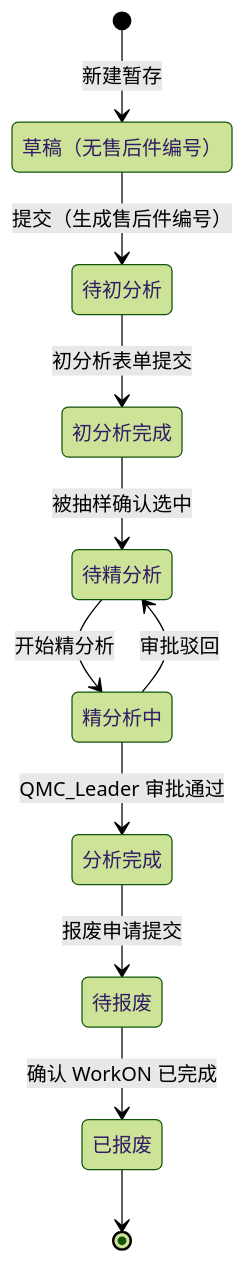
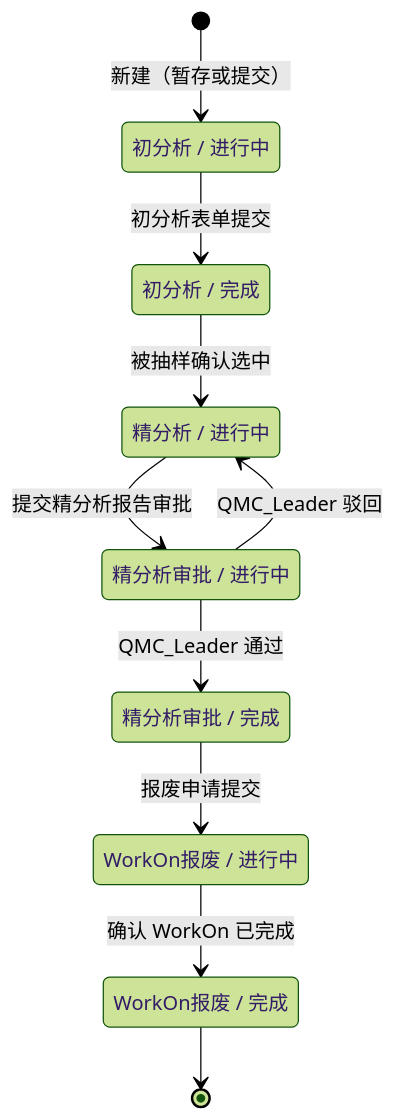
The fifth of 12 diagrams in 开发设计文档.md (xvfeiran/wfam-doc), drawn with Mermaid (forest theme) before and after one commit. The commit also changed other lines of this file, not shown here.

````diff
--- a/开发设计文档.md
+++ b/开发设计文档.md
@@ -409,22 +403,20 @@
 ```mermaid
 stateDiagram-v2
-    state "草稿（无售后件编号）" as registered
-    state "待初分析" as pending_initial_analysis
-    state "初分析完成" as initial_analysis_completed
-    state "待精分析" as pending_detailed_analysis
-    state "精分析中" as in_detailed_analysis
-    state "分析完成" as analysis_completed
-    state "待报废" as pending_scrap
-    state "已报废" as scrapped
+    state "初分析 / 进行中" as ia_ip
+    state "初分析 / 完成" as ia_done
+    state "精分析 / 进行中" as da_ip
+    state "精分析审批 / 进行中" as ap_ip
+    state "精分析审批 / 完成" as ap_done
+    state "WorkOn报废 / 进行中" as scrap_ip
+    state "WorkOn报废 / 完成" as scrap_done
 
-    [*] --> registered: 新建暂存
-    registered --> pending_initial_analysis: 提交（生成售后件编号）
-    pending_initial_analysis --> initial_analysis_completed: 初分析表单提交
-    initial_analysis_completed --> pending_detailed_analysis: 被抽样确认选中
-    pending_detailed_analysis --> in_detailed_analysis: 开始精分析
-    in_detailed_analysis --> pending_detailed_analysis: 审批驳回
-    in_detailed_analysis --> analysis_completed: QMC_Leader 审批通过
-    analysis_completed --> pending_scrap: 报废申请提交
-    pending_scrap --> scrapped: 确认 WorkON 已完成
-    scrapped --> [*]
+    [*] --> ia_ip: 新建（暂存或提交）
+    ia_ip --> ia_done: 初分析表单提交
+    ia_done --> da_ip: 被抽样确认选中
+    da_ip --> ap_ip: 提交精分析报告审批
+    ap_ip --> da_ip: QMC_Leader 驳回
+    ap_ip --> ap_done: QMC_Leader 通过
+    ap_done --> scrap_ip: 报废申请提交
+    scrap_ip --> scrap_done: 确认 WorkOn 已完成
+    scrap_done --> [*]
 ```
````
